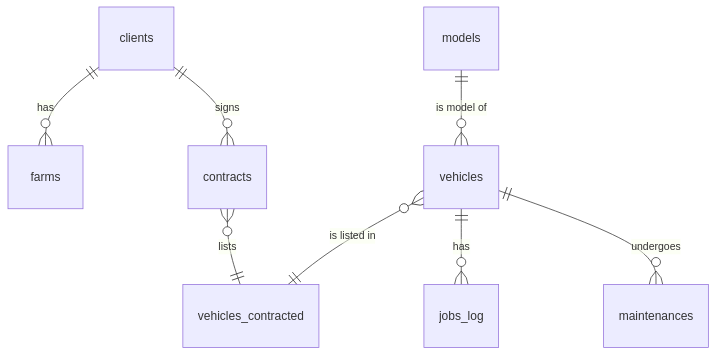
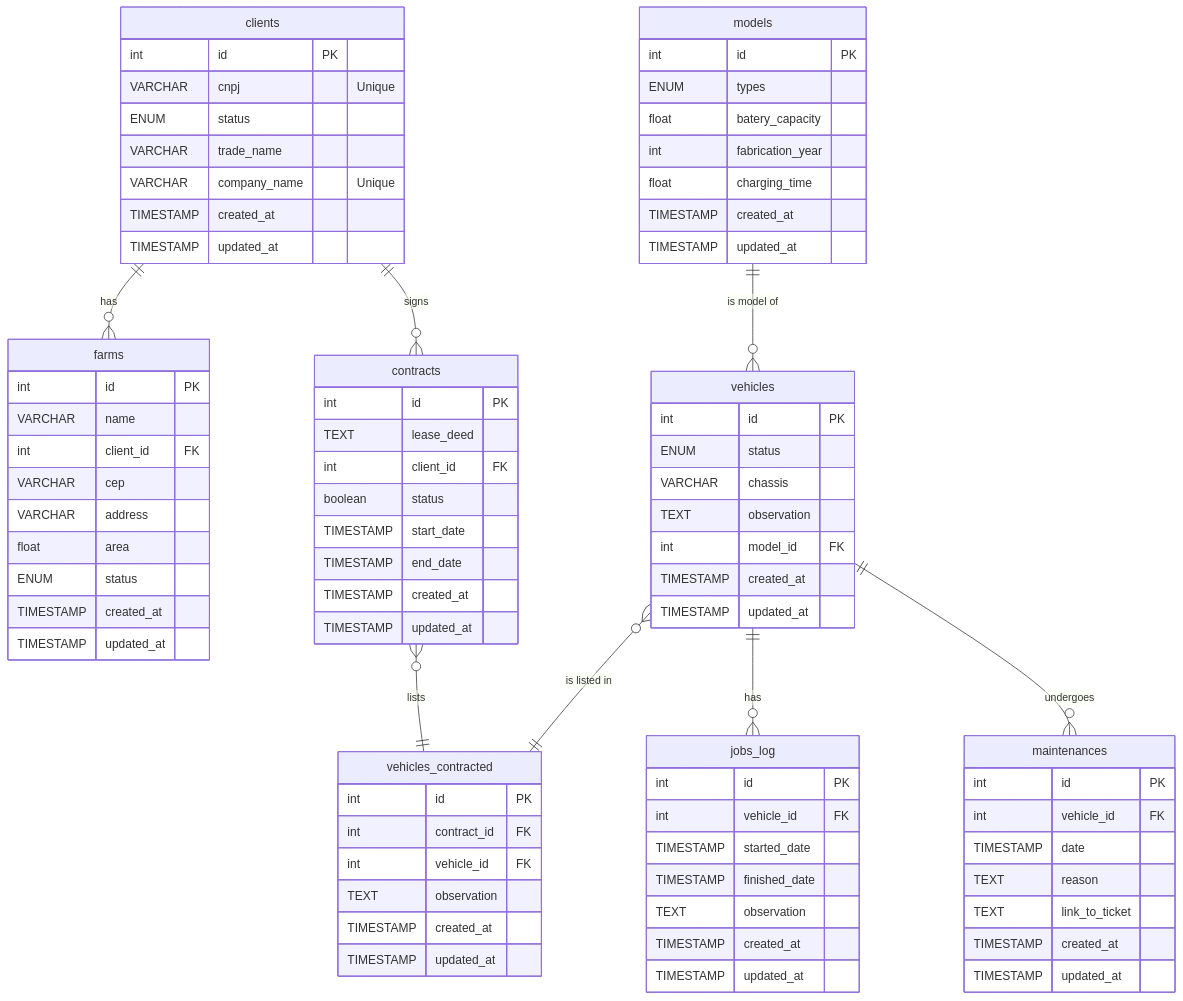
One commit to GustavoBehnck/banco_de_dados_2 changed the diagram in docs/mysql_estrutura.md. Above: the diagram before and after it, drawn with Mermaid.

Commit message:
Atualizando modelagem para incluir os nome dos campos

````diff
--- a/docs/mysql_estrutura.md
+++ b/docs/mysql_estrutura.md
@@ -5,5 +5,87 @@
 ```mermaid
 erDiagram
+    clients {
+        int id PK
+        VARCHAR cnpj "Unique"
+        ENUM status
+        VARCHAR trade_name
+        VARCHAR company_name "Unique"
+        TIMESTAMP created_at
+        TIMESTAMP updated_at
+    }
+
+    farms {
+        int id PK
+        VARCHAR name
+        int client_id FK
+        VARCHAR cep
+        VARCHAR address
+        float area
+        ENUM status
+        TIMESTAMP created_at
+        TIMESTAMP updated_at
+    }
+
+    contracts {
+        int id PK
+        TEXT lease_deed
+        int client_id FK
+        boolean status
+        TIMESTAMP start_date
+        TIMESTAMP end_date
+        TIMESTAMP created_at
+        TIMESTAMP updated_at
+    }
+
+    models {
+        int id PK
+        ENUM types
+        float batery_capacity
+        int fabrication_year
+        float charging_time
+        TIMESTAMP created_at
+        TIMESTAMP updated_at
+    }
+
+    vehicles {
+        int id PK
+        ENUM status
+        VARCHAR chassis
+        TEXT observation
+        int model_id FK
+        TIMESTAMP created_at
+        TIMESTAMP updated_at
+    }
+
+    vehicles_contracted {
+        int id PK
+        int contract_id FK
+        int vehicle_id FK
+        TEXT observation
+        TIMESTAMP created_at
+        TIMESTAMP updated_at
+    }
+
+    jobs_log {
+        int id PK
+        int vehicle_id FK
+        TIMESTAMP started_date
+        TIMESTAMP finished_date
+        TEXT observation
+        TIMESTAMP created_at
+        TIMESTAMP updated_at
+    }
+
+    maintenances {
+        int id PK
+        int vehicle_id FK
+        TIMESTAMP date
+        TEXT reason
+        TEXT link_to_ticket
+        TIMESTAMP created_at
+        TIMESTAMP updated_at
+    }
+
     clients ||--o{ farms : "has"
     clients ||--o{ contracts : "signs"
 
````
